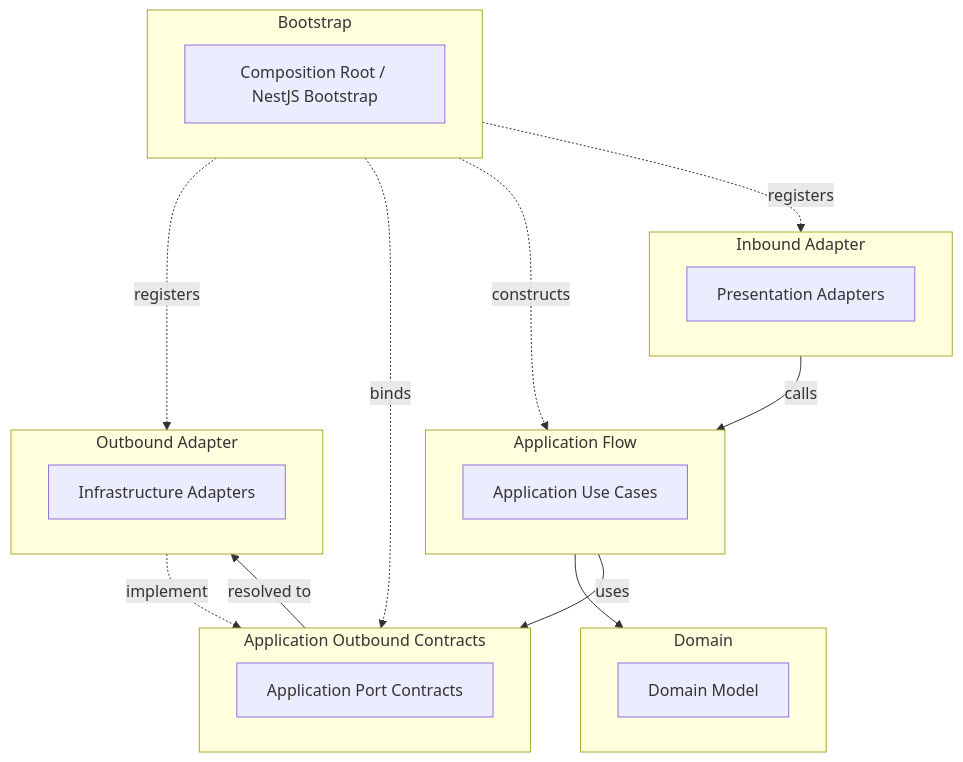
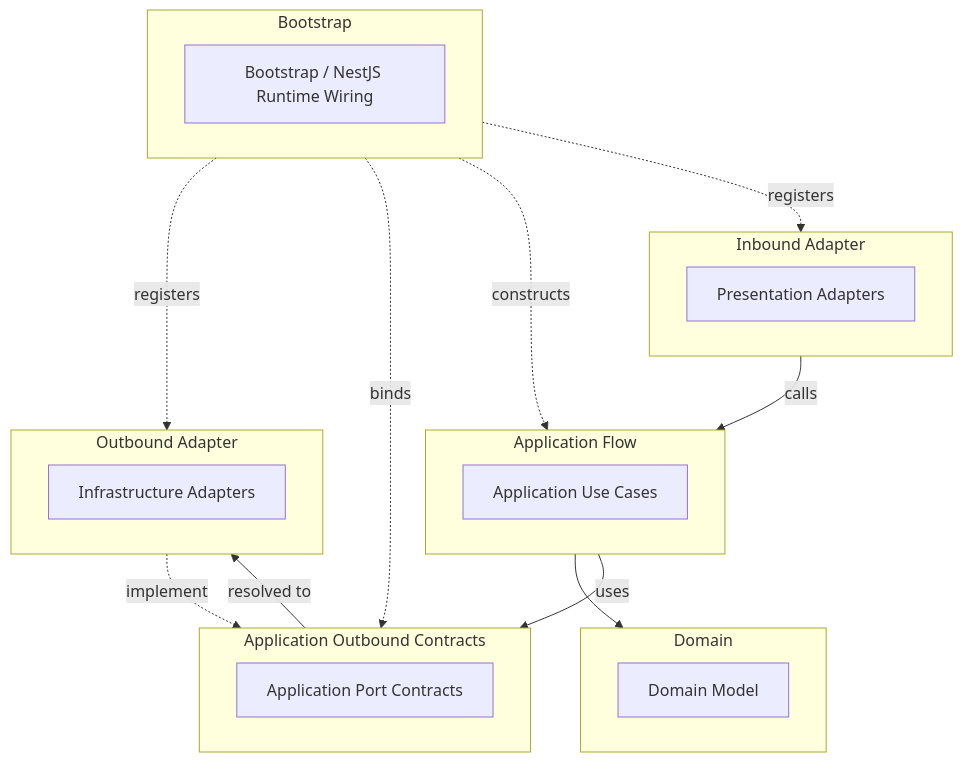
The diagram in apps/api/docs/en/runtime-wiring.md (makeUgreat/FixME), drawn with Mermaid before and after one commit. The commit also changed other lines of this file and 162 other files, not shown here.

First line of the commit message:
refactor(api): align source tree with architecture boundaries (#30)

````diff
--- a/apps/api/docs/en/runtime-wiring.md
+++ b/apps/api/docs/en/runtime-wiring.md
@@ -24,43 +24,43 @@
 ```mermaid
 flowchart TB
   subgraph bootstrap[Bootstrap]
     direction LR
-    compositionRoot[Composition Root / NestJS Bootstrap]
+    bootstrapRoot[Bootstrap / NestJS Runtime Wiring]
   end
 
   subgraph inboundRow[Inbound Adapter]
     direction LR
     controllers[Presentation Adapters]
   end
 
   subgraph usecaseRow[Application Flow]
     direction LR
     usecases[Application Use Cases]
   end
 
   subgraph contractRow[Application Outbound Contracts]
     direction LR
     ports[Application Port Contracts]
   end
 
   subgraph outboundRow[Outbound Adapter]
     direction LR
     adapters[Infrastructure Adapters]
   end
 
   subgraph domainRow[Domain]
     direction LR
     domain[Domain Model]
   end
 
-  compositionRoot -. registers .-> controllers
-  compositionRoot -. constructs .-> usecases
-  compositionRoot -. binds .-> ports
-  compositionRoot -. registers .-> adapters
+  bootstrapRoot -. registers .-> controllers
+  bootstrapRoot -. constructs .-> usecases
+  bootstrapRoot -. binds .-> ports
+  bootstrapRoot -. registers .-> adapters
 
   controllers -->|calls| usecases
   usecases --> domain
   usecases -->|uses| ports
   ports -->|resolved to| adapters
   adapters -. implement .-> ports
 ```
````
